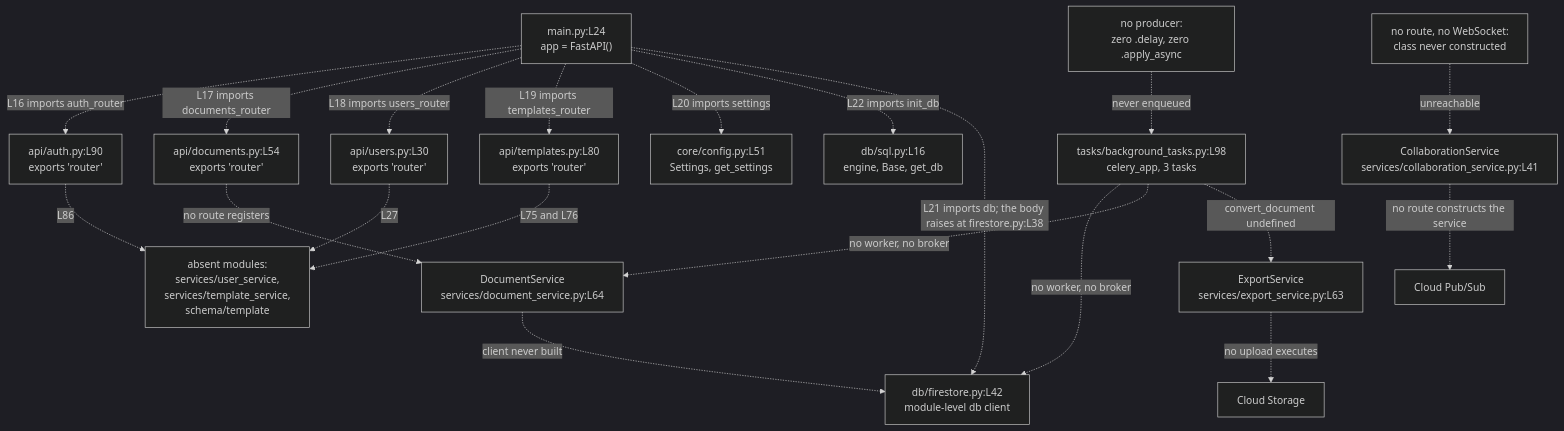
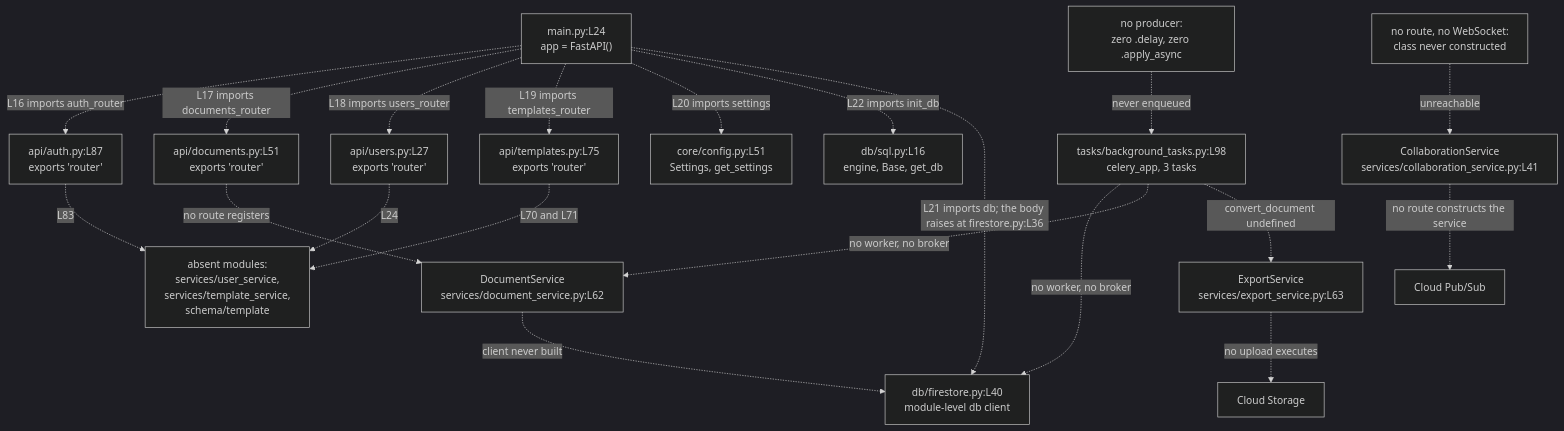
Before and after one commit to blitzy-public-samples/microsoft-word-u33ko0: the diagram in backend/app/README.md, drawn with Mermaid (dark theme). The commit also changed other lines of this file and 46 other files, not shown here.

````diff
--- a/backend/app/README.md
+++ b/backend/app/README.md
@@ -171,41 +179,41 @@
 ```mermaid
 graph TD
     MAIN["main.py:L24<br/>app = FastAPI()"]
-    AUTH["api/auth.py:L90<br/>exports 'router'"]
-    DOCS["api/documents.py:L54<br/>exports 'router'"]
-    USERS["api/users.py:L30<br/>exports 'router'"]
-    TMPL["api/templates.py:L80<br/>exports 'router'"]
+    AUTH["api/auth.py:L87<br/>exports 'router'"]
+    DOCS["api/documents.py:L51<br/>exports 'router'"]
+    USERS["api/users.py:L27<br/>exports 'router'"]
+    TMPL["api/templates.py:L75<br/>exports 'router'"]
     CFG["core/config.py:L51<br/>Settings, get_settings"]
-    FS["db/firestore.py:L42<br/>module-level db client"]
+    FS["db/firestore.py:L40<br/>module-level db client"]
     SQL["db/sql.py:L16<br/>engine, Base, get_db"]
-    DSVC["DocumentService<br/>services/document_service.py:L64"]
+    DSVC["DocumentService<br/>services/document_service.py:L62"]
     CSVC["CollaborationService<br/>services/collaboration_service.py:L41"]
     ESVC["ExportService<br/>services/export_service.py:L63"]
     TASKS["tasks/background_tasks.py:L98<br/>celery_app, 3 tasks"]
     ABSENT["absent modules:<br/>services/user_service,<br/>services/template_service,<br/>schema/template"]
     NOPROD["no producer:<br/>zero .delay, zero .apply_async"]
     NOROUTE["no route, no WebSocket:<br/>class never constructed"]
 
     MAIN -.->|"L16 imports auth_router"| AUTH
     MAIN -.->|"L17 imports documents_router"| DOCS
     MAIN -.->|"L18 imports users_router"| USERS
     MAIN -.->|"L19 imports templates_router"| TMPL
     MAIN -.->|"L20 imports settings"| CFG
     MAIN -.->|"L22 imports init_db"| SQL
-    MAIN -.->|"L21 imports db; the body raises at firestore.py:L38"| FS
-    AUTH -.->|"L86"| ABSENT
-    USERS -.->|"L27"| ABSENT
-    TMPL -.->|"L75 and L76"| ABSENT
+    MAIN -.->|"L21 imports db; the body raises at firestore.py:L36"| FS
+    AUTH -.->|"L83"| ABSENT
+    USERS -.->|"L24"| ABSENT
+    TMPL -.->|"L70 and L71"| ABSENT
     DOCS -.->|"no route registers"| DSVC
     DSVC -.->|"client never built"| FS
     ESVC -.->|"no upload executes"| STORE["Cloud Storage"]
     CSVC -.->|"no route constructs the service"| PUBSUB["Cloud Pub/Sub"]
     TASKS -.->|"no worker, no broker"| FS
     TASKS -.->|"no worker, no broker"| DSVC
     TASKS -.->|"convert_document undefined"| ESVC
 
     NOPROD -.->|"never enqueued"| TASKS
     NOROUTE -.->|"unreachable"| CSVC
-%% Every edge above is dashed: package import fails at api/auth.py:L84, so no route
+%% Every edge above is dashed: package import fails at api/auth.py:L81, so no route
 %% registers, no client is ever constructed, and nothing downstream executes.
 ```
````
